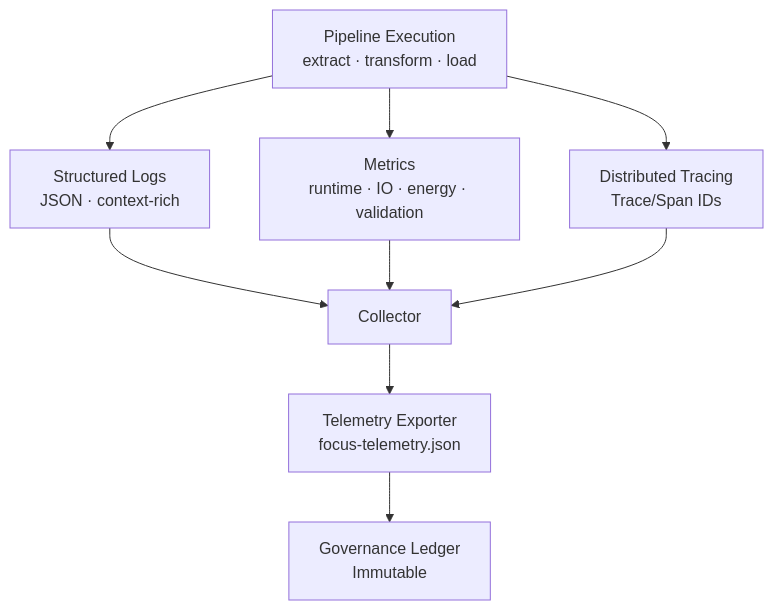
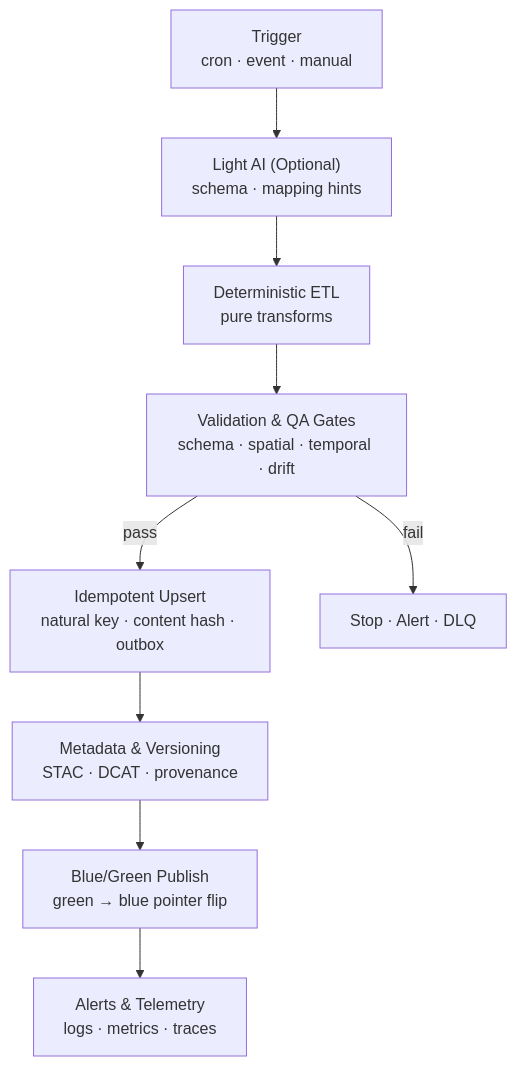
The diagram in src/pipelines/architecture/observability/README.md (bartytime4life/Kansas-Frontier-Matrix), drawn with Mermaid before and after one commit. The commit also changed other lines of this file, not shown here.

```diff
--- a/src/pipelines/architecture/observability/README.md
+++ b/src/pipelines/architecture/observability/README.md
@@ -65,11 +81,11 @@
 ~~~~~mermaid
 flowchart TD
-  A["Pipeline Execution<br/>extract · transform · load"] --> LOG["Structured Logs<br/>JSON · context-rich"]
-  A --> MET["Metrics<br/>runtime · IO · energy · validation"]
-  A --> TR["Distributed Tracing<br/>Trace/Span IDs"]
-  LOG --> COL["Collector"]
-  MET --> COL
-  TR --> COL
-  COL --> EXP["Telemetry Exporter<br/>focus-telemetry.json"]
-  EXP --> GOV["Governance Ledger<br/>Immutable"]
+  T["Trigger<br/>cron · event · manual"] --> AI["Light AI (Optional)<br/>schema · mapping hints"]
+  AI --> ETL["Deterministic ETL<br/>pure transforms"]
+  ETL --> VAL["Validation & QA Gates<br/>schema · spatial · temporal · drift"]
+  VAL -->|pass| UPS["Idempotent Upsert<br/>natural key · content hash · outbox"]
+  VAL -->|fail| OBS["Stop · Alert · DLQ"]
+  UPS --> META["Metadata & Versioning<br/>STAC · DCAT · provenance"]
+  META --> BG["Blue/Green Publish<br/>green → blue pointer flip"]
+  BG --> TEL["Alerts & Telemetry<br/>logs · metrics · traces"]
 ~~~~~
```
